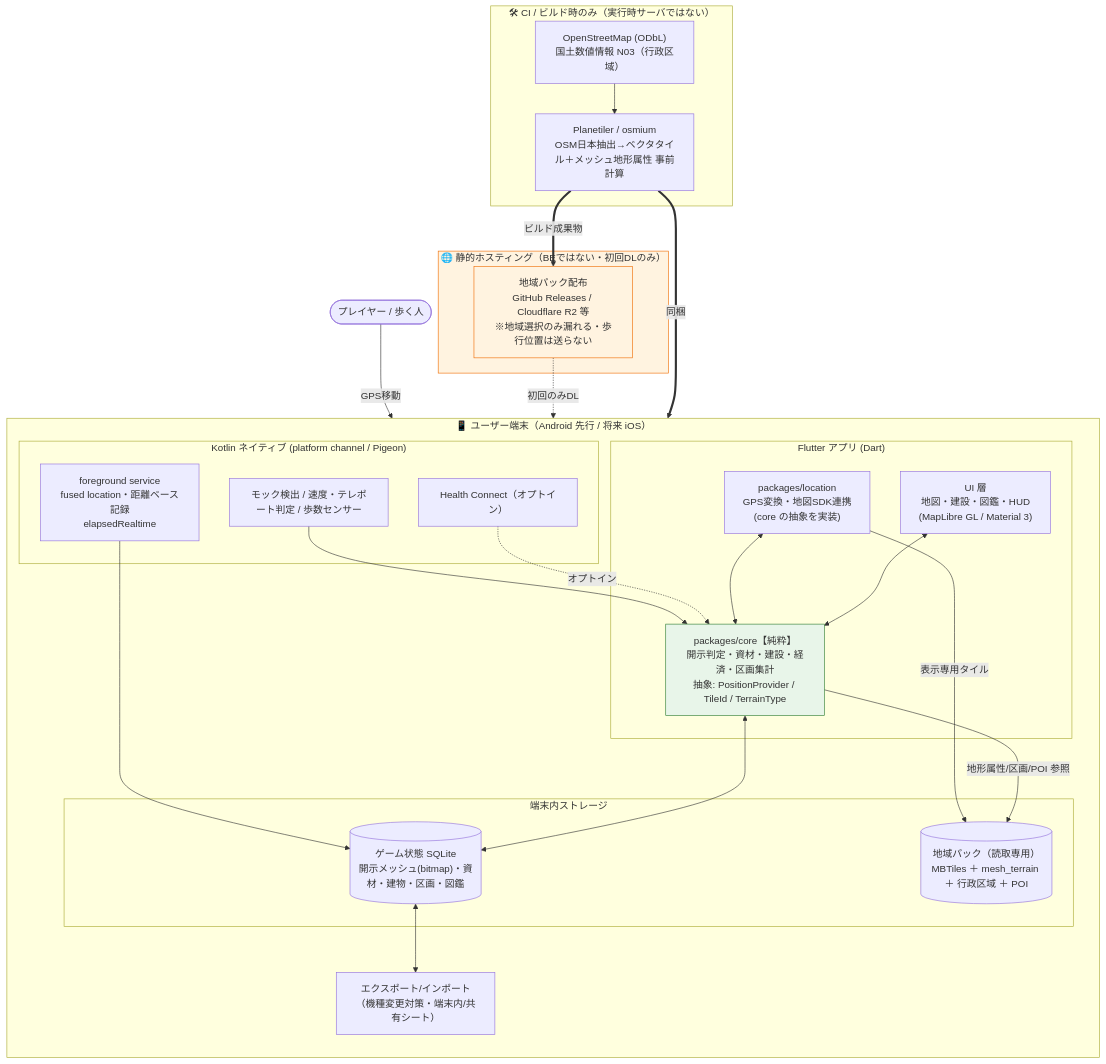
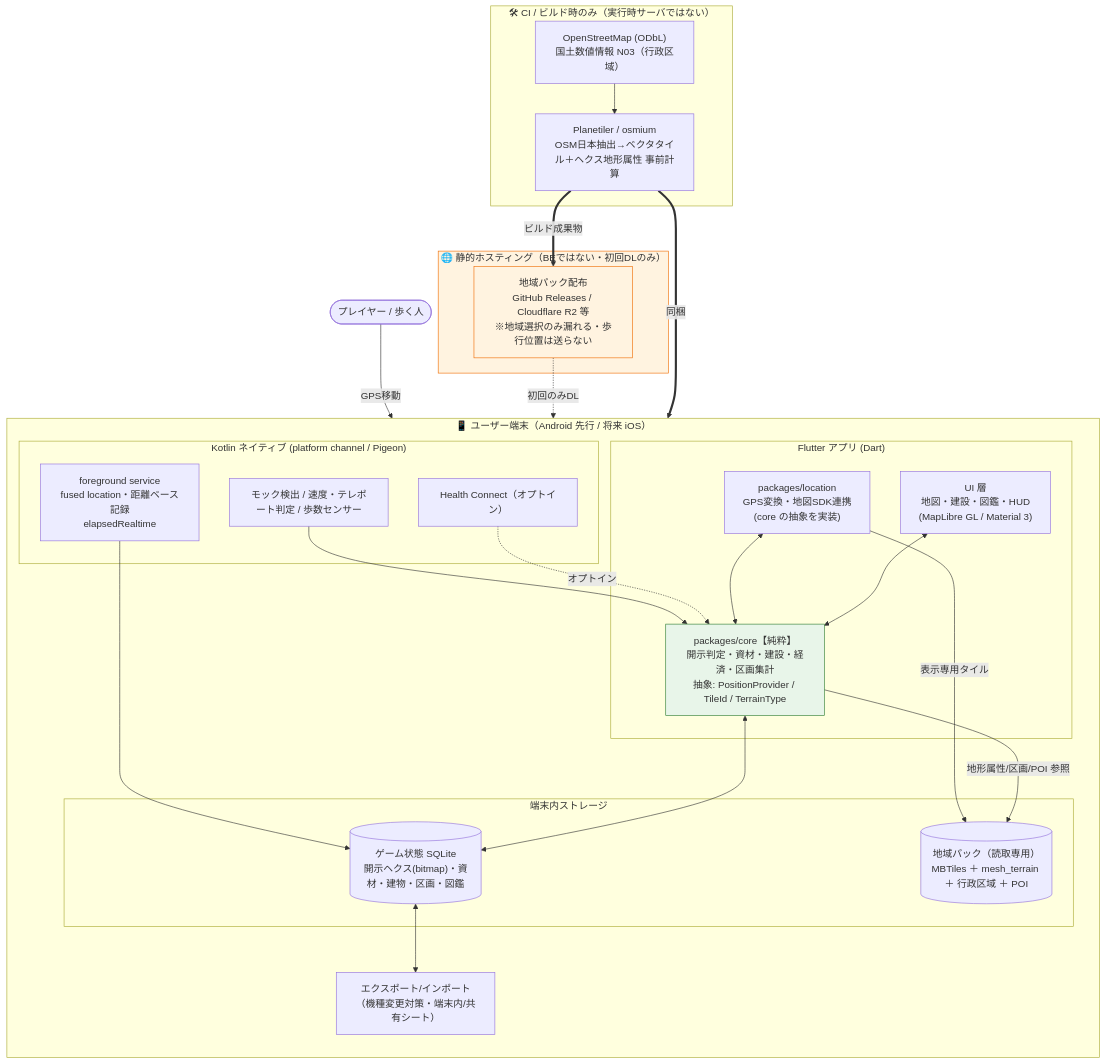
The first of 2 diagrams in docs/architecture.md (rokusoudo-product/terra-town), drawn with Mermaid before and after one commit. The commit also changed 2 other files, not shown here.

Commit message:
docs(plan): エリア単位を承認済み terrain.md(#3) のヘクス折衷方式に整合
- plan.md が advisor 推奨の「日本の地域メッシュ125m」を採用していたが、既承認 docs/terrain.md(#3, 2026-07-22承認) の「ヘクス約50m表示＋緯度経度矩形細分グリッド内部判定」と競合していたため #3 に整合
- §5 を terrain.md 準拠に書き直し（地域メッシュ125mは不採用と明記）
- 資材分類の事前計算は terrain.md §5 判定ルール＋§4 ヘクス多数決集約に接続
- メッシュ→ヘクスへ用語統一（plan/DESIGN/architecture）
- advisor の事前計算・地域パック・fog性能基準は #3 と両立するため維持

````diff
--- a/docs/architecture.md
+++ b/docs/architecture.md
@@ -9,52 +9,52 @@
 ```mermaid
 flowchart TB
     user([プレイヤー / 歩く人])
 
     subgraph device["📱 ユーザー端末（Android 先行 / 将来 iOS）"]
         direction TB
         subgraph flutter["Flutter アプリ (Dart)"]
             ui["UI 層<br/>地図・建設・図鑑・HUD<br/>(MapLibre GL / Material 3)"]
             core["packages/core【純粋】<br/>開示判定・資材・建設・経済・区画集計<br/>抽象: PositionProvider / TileId / TerrainType"]
             loc["packages/location<br/>GPS変換・地図SDK連携<br/>(core の抽象を実装)"]
         end
         subgraph native["Kotlin ネイティブ (platform channel / Pigeon)"]
             fg["foreground service<br/>fused location・距離ベース記録<br/>elapsedRealtime"]
             anti["モック検出 / 速度・テレポート判定 / 歩数センサー"]
             health["Health Connect（オプトイン）"]
         end
         subgraph store["端末内ストレージ"]
-            gamedb[("ゲーム状態 SQLite<br/>開示メッシュ(bitmap)・資材・建物・区画・図鑑")]
+            gamedb[("ゲーム状態 SQLite<br/>開示ヘクス(bitmap)・資材・建物・区画・図鑑")]
             pack[("地域パック（読取専用）<br/>MBTiles ＋ mesh_terrain ＋ 行政区域 ＋ POI")]
         end
         exp["エクスポート/インポート<br/>（機種変更対策・端末内/共有シート）"]
     end
 
     subgraph static["🌐 静的ホスティング（BEではない・初回DLのみ）"]
         cdn["地域パック配布<br/>GitHub Releases / Cloudflare R2 等<br/>※地域選択のみ漏れる・歩行位置は送らない"]
     end
 
     subgraph ci["🛠 CI / ビルド時のみ（実行時サーバではない）"]
-        planetiler["Planetiler / osmium<br/>OSM日本抽出→ベクタタイル＋メッシュ地形属性 事前計算"]
+        planetiler["Planetiler / osmium<br/>OSM日本抽出→ベクタタイル＋ヘクス地形属性 事前計算"]
         osm["OpenStreetMap (ODbL)<br/>国土数値情報 N03（行政区域）"]
     end
 
     user -->|GPS移動| fg
     fg --> gamedb
     anti --> core
     health -.オプトイン.-> core
     loc <--> core
     ui <--> core
     loc -->|表示専用タイル| pack
     core -->|地形属性/区画/POI 参照| pack
     core <--> gamedb
     gamedb <--> exp
     cdn -.初回のみDL.-> pack
     osm --> planetiler
     planetiler ==>|ビルド成果物| cdn
     planetiler ==>|同梱| pack
 
     classDef pure fill:#e8f5e9,stroke:#2e7d32;
     classDef nobe fill:#fff3e0,stroke:#ef6c00;
     class core pure
     class static,cdn nobe
 ```
````
